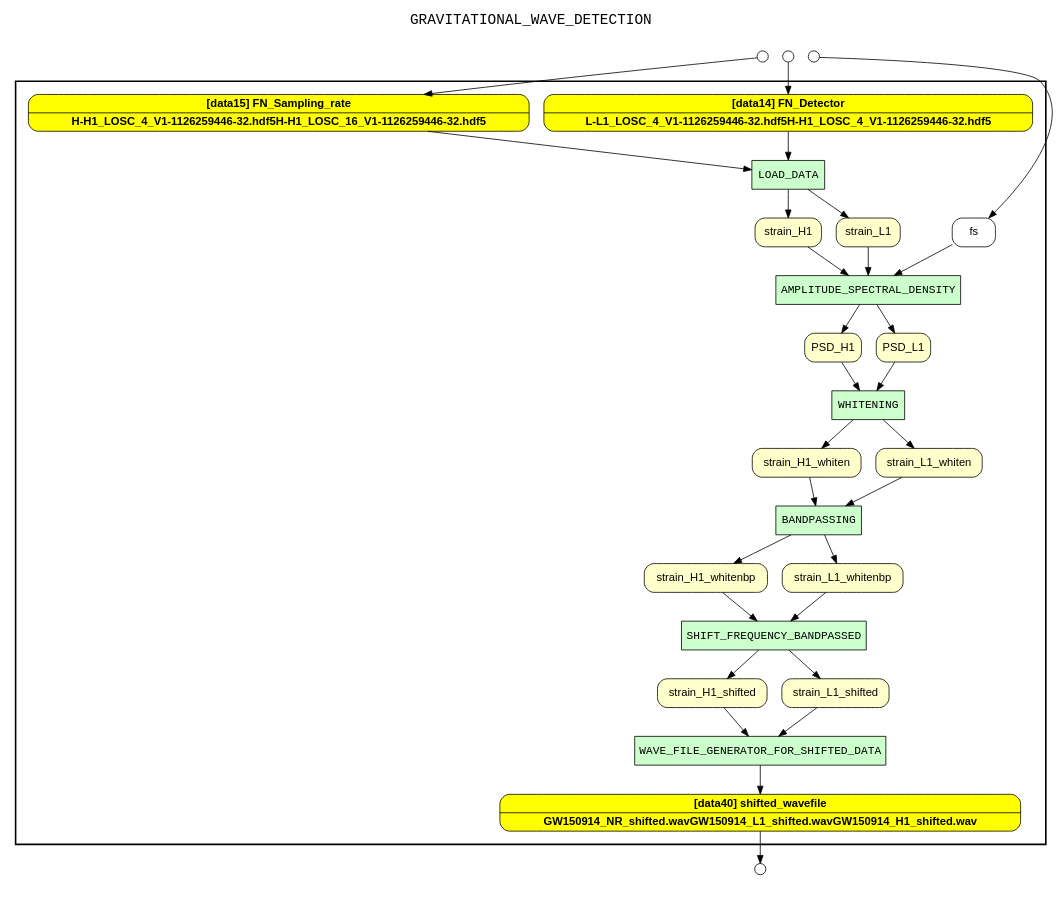
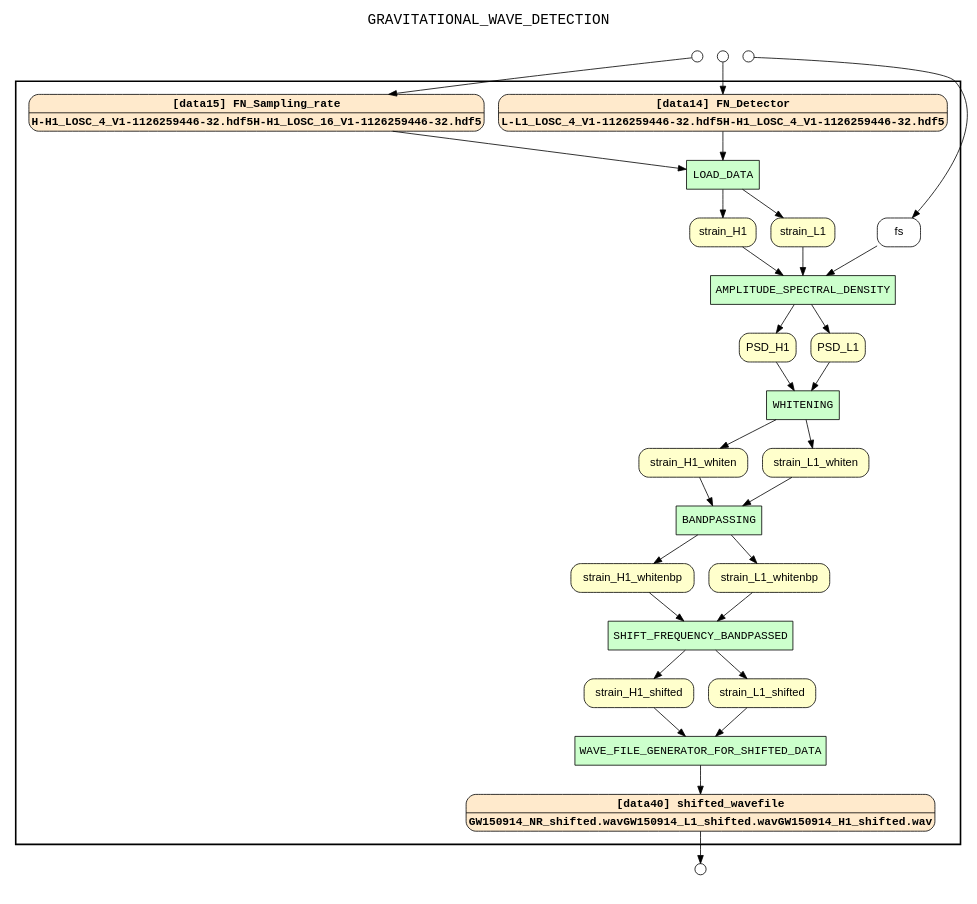
One commit to idaks/dataone-ahm-2016-poster changed the diagram in examples/LIGO/results/wf_recon_upstream_of_shifted_wavefile.gv. Above: the diagram before and after it, drawn with Graphviz. The commit also changed 7 other files, not shown here.

Commit message:
Add new recon-graph for both examples because we use new colors.

```diff
--- a/examples/LIGO/results/wf_recon_upstream_of_shifted_wavefile.gv
+++ b/examples/LIGO/results/wf_recon_upstream_of_shifted_wavefile.gv
@@ -1,82 +1,82 @@
 
 digraph yw_data_view {
 rankdir=TB
 fontname=Courier; fontsize=18; labelloc=t
 label="GRAVITATIONAL_WAVE_DETECTION"
 subgraph cluster_workflow { label=""; color=black; penwidth=2
 subgraph cluster_workflow_inner { label=""; color=white
 node[shape=box style="filled" fillcolor="#CCFFCC" peripheries=1 fontname=Courier]
 SHIFT_FREQUENCY_BANDPASSED
 BANDPASSING
 WHITENING
 AMPLITUDE_SPECTRAL_DENSITY
 LOAD_DATA
 WAVE_FILE_GENERATOR_FOR_SHIFTED_DATA
 node[shape=box style="filled" fillcolor="#CCFFCC" peripheries=1 fontname=Courier]
 node[shape=box style="rounded,filled" fillcolor="#FFFFCC" peripheries=1 fontname=Helvetica]
 strain_H1
 strain_L1
 PSD_H1
 PSD_L1
 strain_H1_whiten
 strain_L1_whiten
 strain_H1_whitenbp
 strain_L1_whitenbp
 strain_H1_shifted
 strain_L1_shifted
-node[shape=box style="rounded,filled" fillcolor="#FFFF00" peripheries=1 fontname="Helvetica-Bold"]
+node[shape=box style="rounded,filled" fillcolor="#FFEACC" peripheries=1 fontname="Courier-Bold"]
 FN_Detector[shape=record rankdir=LR label="{<f0> [data14] FN_Detector |<f1>L-L1_LOSC_4_V1-1126259446-32.hdf5
 H-H1_LOSC_4_V1-1126259446-32.hdf5
 }"]
 FN_Sampling_rate[shape=record rankdir=LR label="{<f0> [data15] FN_Sampling_rate |<f1>H-H1_LOSC_4_V1-1126259446-32.hdf5
 H-H1_LOSC_16_V1-1126259446-32.hdf5
 }"]
-node[shape=box style="rounded,filled" fillcolor="#FFFF00" peripheries=1 fontname="Helvetica-Bold"]
+node[shape=box style="rounded,filled" fillcolor="#FFEACC" peripheries=1 fontname="Courier-Bold"]
 shifted_wavefile[shape=record rankdir=LR label="{<f0> [data40] shifted_wavefile |<f1>GW150914_NR_shifted.wav
 GW150914_L1_shifted.wav
 GW150914_H1_shifted.wav
 }"]
 node[shape=box style="rounded,filled" fillcolor="#FFFFFF" peripheries=1 fontname=Helvetica]
 fs
 }}
 subgraph cluster_inflows { label=""; color=white; penwidth=2
 subgraph cluster_inflows_inner { label=""; color=white
 node[shape=circle fillcolor="#FFFFFF" peripheries=1 width=0.2]
 fs_inflow [label=""]
 FN_Detector_inflow [label=""]
 FN_Sampling_rate_inflow [label=""]
 }}
 subgraph cluster_outflows { label=""; color=white; penwidth=2
 subgraph cluster_outflows_inner { label=""; color=white
 node[shape=circle fillcolor="#FFFFFF" peripheries=1 width=0.2]
 shifted_wavefile_outflow [label=""]
 }}
+strain_H1_whitenbp -> SHIFT_FREQUENCY_BANDPASSED
+strain_L1_shifted -> WAVE_FILE_GENERATOR_FOR_SHIFTED_DATA
+FN_Detector -> LOAD_DATA
+strain_L1_whitenbp -> SHIFT_FREQUENCY_BANDPASSED
 FN_Sampling_rate -> LOAD_DATA
 PSD_H1 -> WHITENING
 PSD_L1 -> WHITENING
 fs -> AMPLITUDE_SPECTRAL_DENSITY
 strain_H1 -> AMPLITUDE_SPECTRAL_DENSITY
 strain_H1_whiten -> BANDPASSING
 strain_L1 -> AMPLITUDE_SPECTRAL_DENSITY
 strain_L1_whiten -> BANDPASSING
 strain_H1_shifted -> WAVE_FILE_GENERATOR_FOR_SHIFTED_DATA
-strain_H1_whitenbp -> SHIFT_FREQUENCY_BANDPASSED
-strain_L1_shifted -> WAVE_FILE_GENERATOR_FOR_SHIFTED_DATA
-FN_Detector -> LOAD_DATA
-strain_L1_whitenbp -> SHIFT_FREQUENCY_BANDPASSED
 LOAD_DATA -> strain_H1
 LOAD_DATA -> strain_L1
 AMPLITUDE_SPECTRAL_DENSITY -> PSD_H1
 AMPLITUDE_SPECTRAL_DENSITY -> PSD_L1
 WHITENING -> strain_H1_whiten
 WHITENING -> strain_L1_whiten
 BANDPASSING -> strain_H1_whitenbp
 BANDPASSING -> strain_L1_whitenbp
 SHIFT_FREQUENCY_BANDPASSED -> strain_H1_shifted
 SHIFT_FREQUENCY_BANDPASSED -> strain_L1_shifted
 WAVE_FILE_GENERATOR_FOR_SHIFTED_DATA -> shifted_wavefile
 fs_inflow -> fs
 FN_Detector_inflow -> FN_Detector
 FN_Sampling_rate_inflow -> FN_Sampling_rate
 shifted_wavefile -> shifted_wavefile_outflow
 }
```
